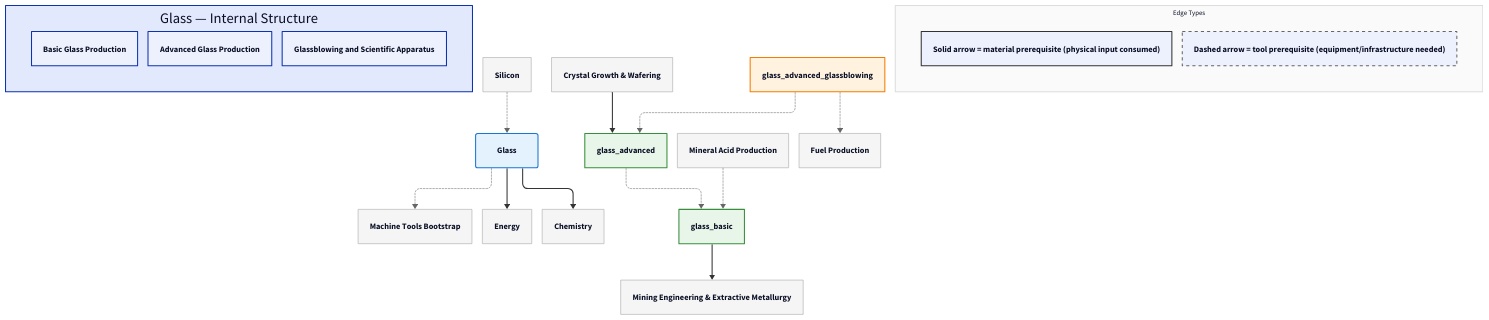
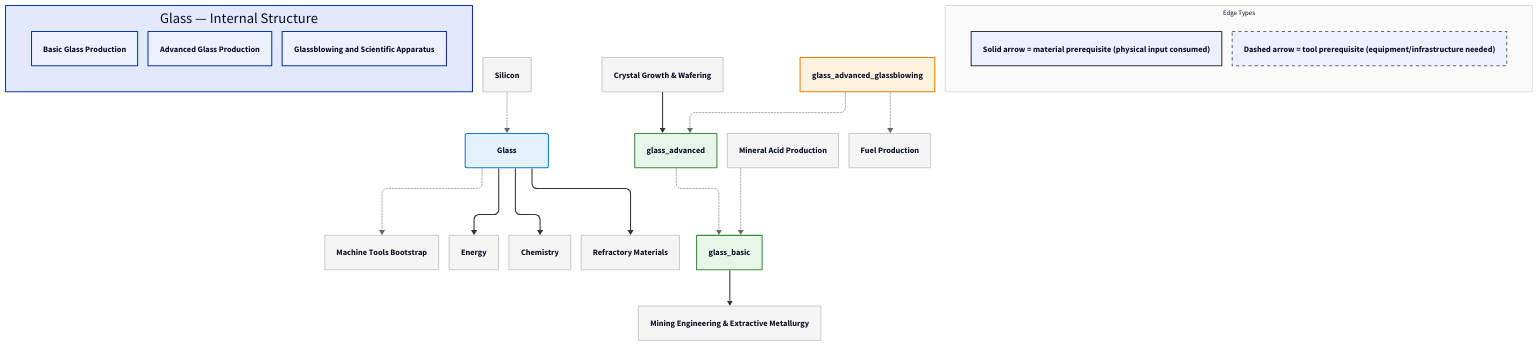
The diagram in diagrams/d2/glass.d2 (egofree/TechTree), drawn with D2 before and after one commit. The commit also changed 46 other files, not shown here.

```diff
--- a/diagrams/d2/glass.d2
+++ b/diagrams/d2/glass.d2
@@ -1,164 +1,169 @@
 vars: {
   d2-config: {
     layout-engine: elk
     pad: 20
     center: true
   }
 }
 
 direction: down
 
 classes: {
   domain: {
     style: {
       fill: "#e3f2fd"
       stroke: "#1976d2"
       stroke-width: 2
       border-radius: 4
     }
   }
   capability: {
     style: {
       fill: "#e8f5e9"
       stroke: "#388e3c"
       stroke-width: 2
     }
   }
   process: {
     style: {
       fill: "#fff3e0"
       stroke: "#f57c00"
       stroke-width: 2
     }
   }
   critical: {
     style: {
       fill: "#fff3e0"
       stroke: "#f57c00"
       stroke-width: 3
       bold: true
     }
   }
   earlyWin: {
     style: {
       fill: "#e8f5e9"
       stroke: "#388e3c"
       stroke-width: 3
     }
   }
   pinnacle: {
     style: {
       fill: "#fce4ec"
       stroke: "#c62828"
       stroke-width: 3
       bold: true
     }
   }
   external: {
     style: {
       fill: "#f5f5f5"
       stroke: "#9e9e9e"
       stroke-width: 1
     }
   }
   legend: {
     style: {
       fill: "#fafafa"
       stroke: "#bdbdbd"
       stroke-width: 1
       font-size: 13
     }
   }
   material-edge: {
     style: {
       stroke: "#333333"
       stroke-width: 2
     }
   }
   tool-edge: {
     style: {
       stroke: "#666666"
       stroke-width: 1
       stroke-dash: 3
     }
   }
 }
 
 # ==================== INTERNAL NODES ====================
 glass_internal: "Glass — Internal Structure" {
   glass_basic: Basic Glass Production
   glass_advanced: Advanced Glass Production
   glass_advanced_glassblowing: Glassblowing and Scientific Apparatus
 }
 
 # ==================== DOMAIN NODE ====================
 glass: Glass
 
 # ==================== EXTERNAL DEPENDENCIES ====================
 chemistry: Chemistry {
   shape: rectangle
 }
 chemistry_acids: Mineral Acid Production {
   shape: rectangle
 }
+chemistry_refractories: Refractory Materials {
+  shape: rectangle
+}
 energy: Energy {
   shape: rectangle
 }
 energy_fuels: Fuel Production {
   shape: rectangle
 }
 machine-tools: Machine Tools Bootstrap {
   shape: rectangle
 }
 mining: "Mining Engineering & Extractive Metallurgy" {
   shape: rectangle
 }
 silicon: Silicon {
   shape: rectangle
 }
 silicon_crystal-growth: "Crystal Growth & Wafering" {
   shape: rectangle
 }
 
 # ==================== EDGES ====================
 glass_advanced -> glass_basic: { class: tool-edge }
 glass_advanced_glassblowing -> glass_advanced: { class: tool-edge }
 glass_basic -> mining: { class: material-edge }
 chemistry_acids -> glass_basic: { class: tool-edge }
 glass -> machine-tools: { class: tool-edge }
 glass -> energy: { class: material-edge }
 glass -> chemistry: { class: material-edge }
 silicon -> glass: { class: tool-edge }
 silicon_crystal-growth -> glass_advanced: { class: material-edge }
 glass_advanced_glassblowing -> energy_fuels: { class: tool-edge }
+glass -> chemistry_refractories: { class: material-edge }
 
 # ==================== STYLING ====================
 glass.class: domain
 glass_basic.class: capability
 glass_advanced.class: capability
 glass_advanced_glassblowing.class: process
 chemistry.class: external
 chemistry_acids.class: external
+chemistry_refractories.class: external
 energy.class: external
 energy_fuels.class: external
 machine-tools.class: external
 mining.class: external
 silicon.class: external
 silicon_crystal-growth.class: external
 
 # ==================== LEGEND ====================
 d2-legend: "Edge Types" {
   class: legend
   mat: "Solid arrow = material prerequisite (physical input consumed)" {
     style: {
       stroke: "#333333"
       stroke-width: 2
     }
   }
   tool: "Dashed arrow = tool prerequisite (equipment/infrastructure needed)" {
     style: {
       stroke: "#666666"
       stroke-dash: 3
     }
   }
 }
```
